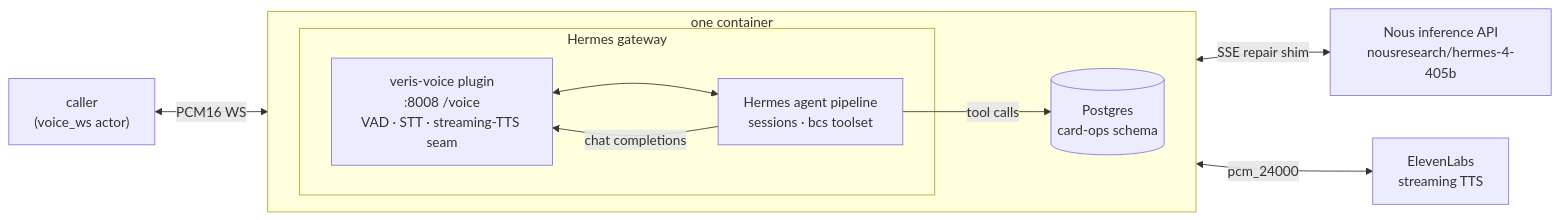
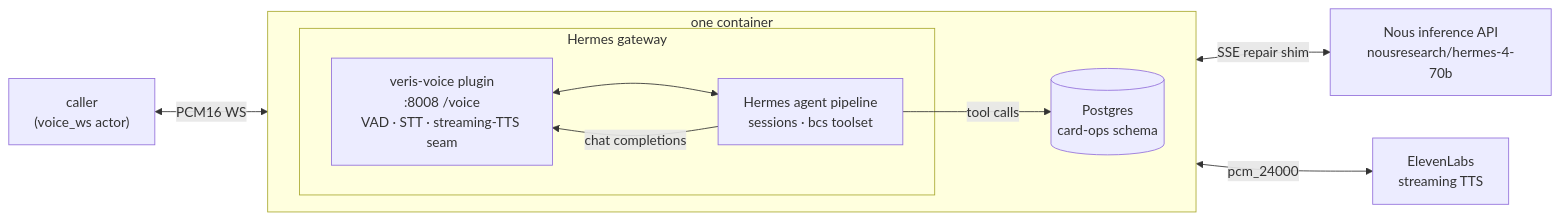
One commit to veris-ai/riley-agent changed the diagram in hermes/README.md. Above: the diagram before and after it, drawn with Mermaid. The commit also changed other lines of this file and 6 other files, not shown here.

````diff
--- a/hermes/README.md
+++ b/hermes/README.md
@@ -13,23 +13,23 @@
 ```mermaid
 flowchart LR
     caller["caller<br/>(voice_ws actor)"]
 
     subgraph container ["one container"]
         direction LR
         subgraph gw ["Hermes gateway"]
             plugin["veris-voice plugin<br/>:8008 /voice<br/>VAD · STT · streaming-TTS seam"]
             agent["Hermes agent pipeline<br/>sessions · bcs toolset"]
         end
         pg[("Postgres<br/>card-ops schema")]
     end
 
-    nous["Nous inference API<br/>nousresearch/hermes-4-405b"]
+    nous["Nous inference API<br/>nousresearch/hermes-4-70b"]
     el["ElevenLabs<br/>streaming TTS"]
 
     caller <-->|"PCM16 WS"| plugin
     plugin <--> agent
     agent -->|"tool calls"| pg
     agent -->|"chat completions"| plugin
     plugin <-->|"SSE repair shim"| nous
     plugin <-->|"pcm_24000"| el
 ```
````
